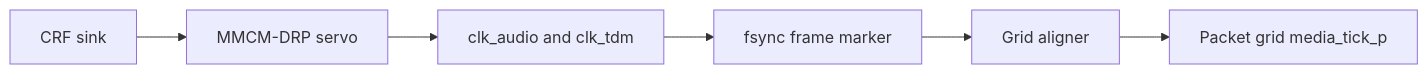
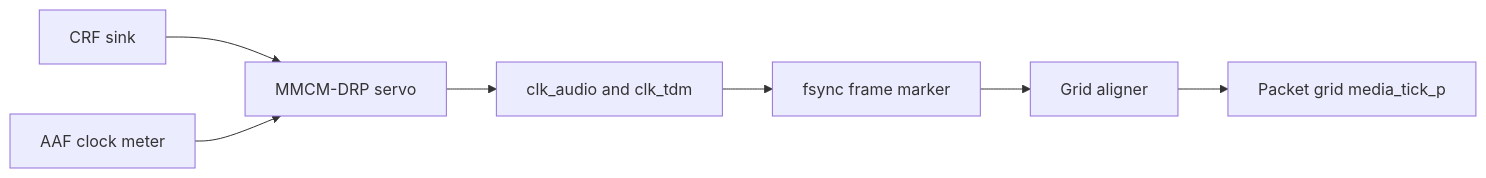
The second of 2 diagrams in docs/design/TIME_SYNC.md (kebag-logic/milan-fpga), drawn with Mermaid before and after one commit. The commit also changed other lines of this file and 9 other files, not shown here.

Commit message:
State the selected AAF, CRF or INTERNAL source and A2-a's aligned INTERNAL grid in the time-sync, compliance, descriptor-ownership and architecture pages

````diff
--- a/docs/design/TIME_SYNC.md
+++ b/docs/design/TIME_SYNC.md
@@ -153,8 +159,9 @@
 ```mermaid
 flowchart LR
     CRF[CRF sink] --> SERVO[MMCM-DRP servo]
+    AAFM[AAF clock meter] --> SERVO
     SERVO --> AUDIO[clk_audio and clk_tdm]
     AUDIO --> FSYNC[fsync frame marker]
     FSYNC --> ALIGN[Grid aligner]
     ALIGN --> TICK[Packet grid media_tick_p]
 ```
````
